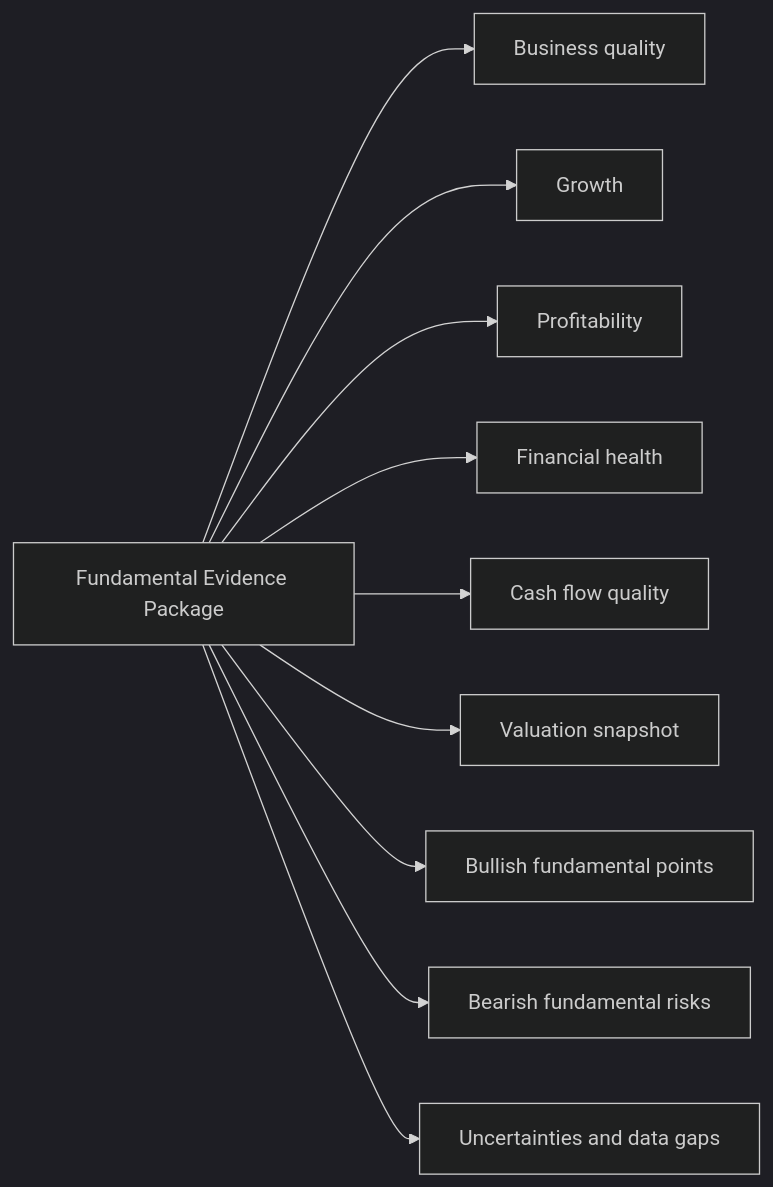
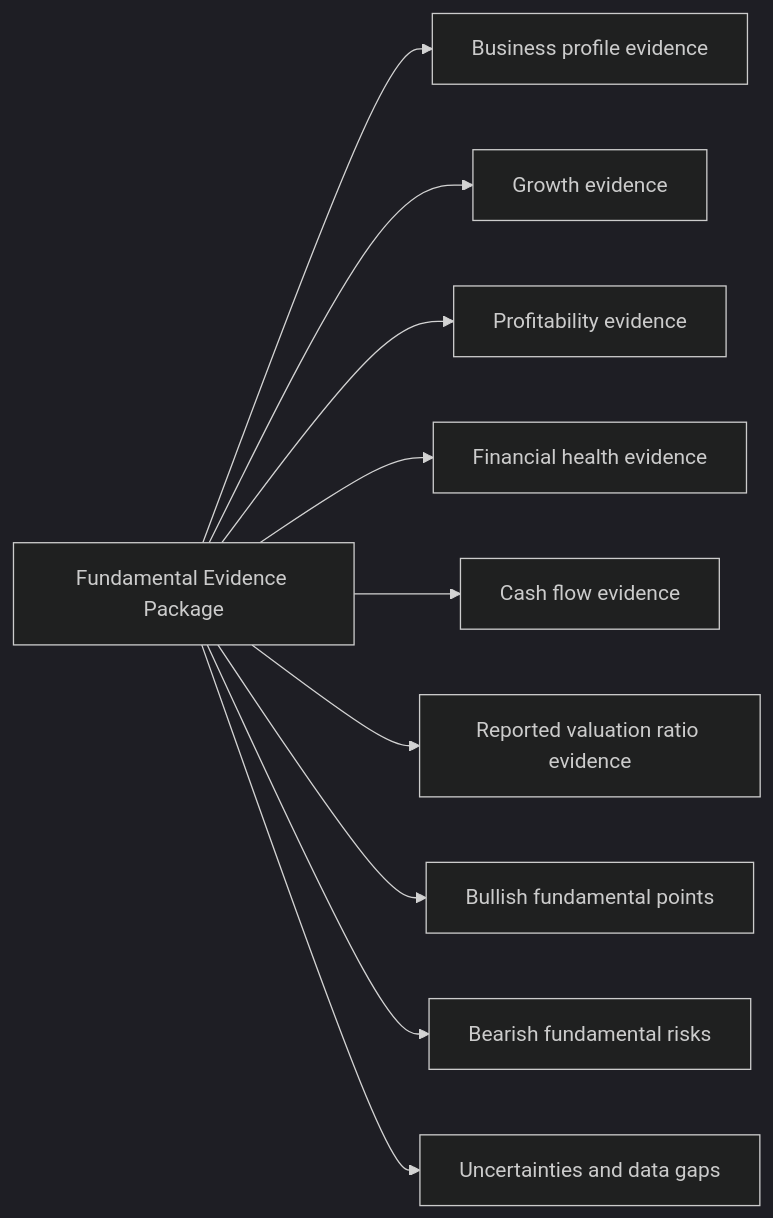
The second of 2 diagrams in doc/agent_stock/fundamental_analyst_graph.md (ai-for-war/warmind_ai), drawn with Mermaid (dark theme) before and after one commit. The commit also changed other lines of this file, not shown here.

Commit message:
Update state graph

````diff
--- a/doc/agent_stock/fundamental_analyst_graph.md
+++ b/doc/agent_stock/fundamental_analyst_graph.md
@@ -65,12 +77,12 @@
 ```mermaid
 flowchart LR
-    A["Fundamental Evidence Package"] --> B["Business quality"]
-    A --> C["Growth"]
-    A --> D["Profitability"]
-    A --> E["Financial health"]
-    A --> F["Cash flow quality"]
-    A --> G["Valuation snapshot"]
+    A["Fundamental Evidence Package"] --> B["Business profile evidence"]
+    A --> C["Growth evidence"]
+    A --> D["Profitability evidence"]
+    A --> E["Financial health evidence"]
+    A --> F["Cash flow evidence"]
+    A --> G["Reported valuation ratio evidence"]
     A --> H["Bullish fundamental points"]
     A --> I["Bearish fundamental risks"]
     A --> J["Uncertainties and data gaps"]
 ```
````
